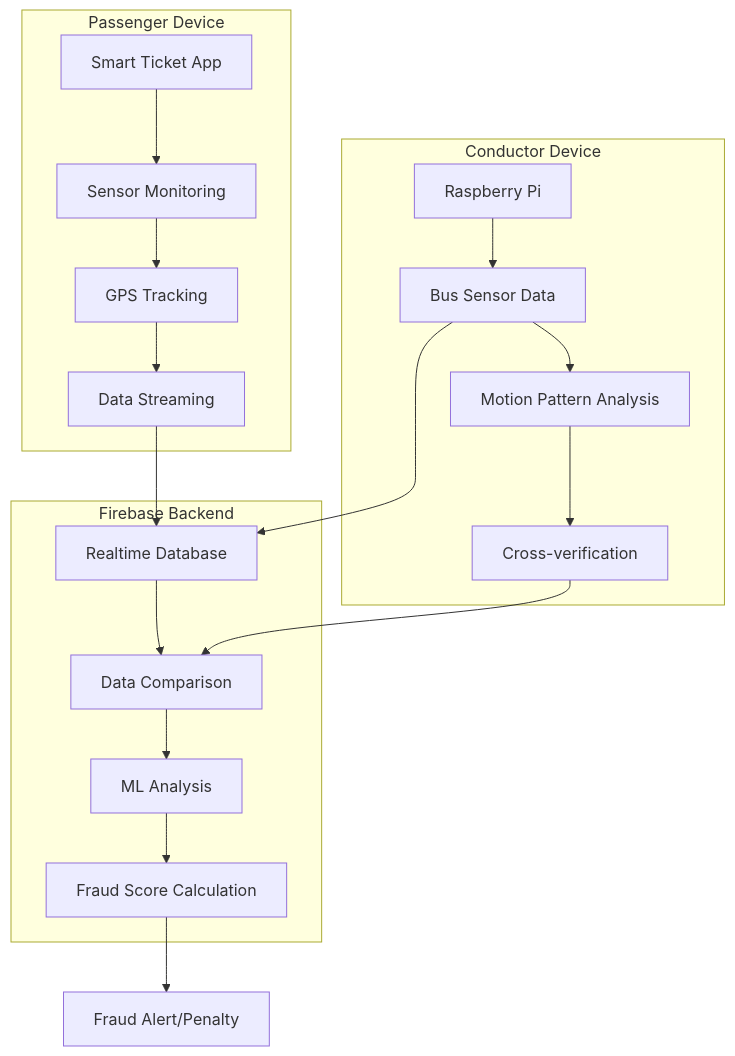
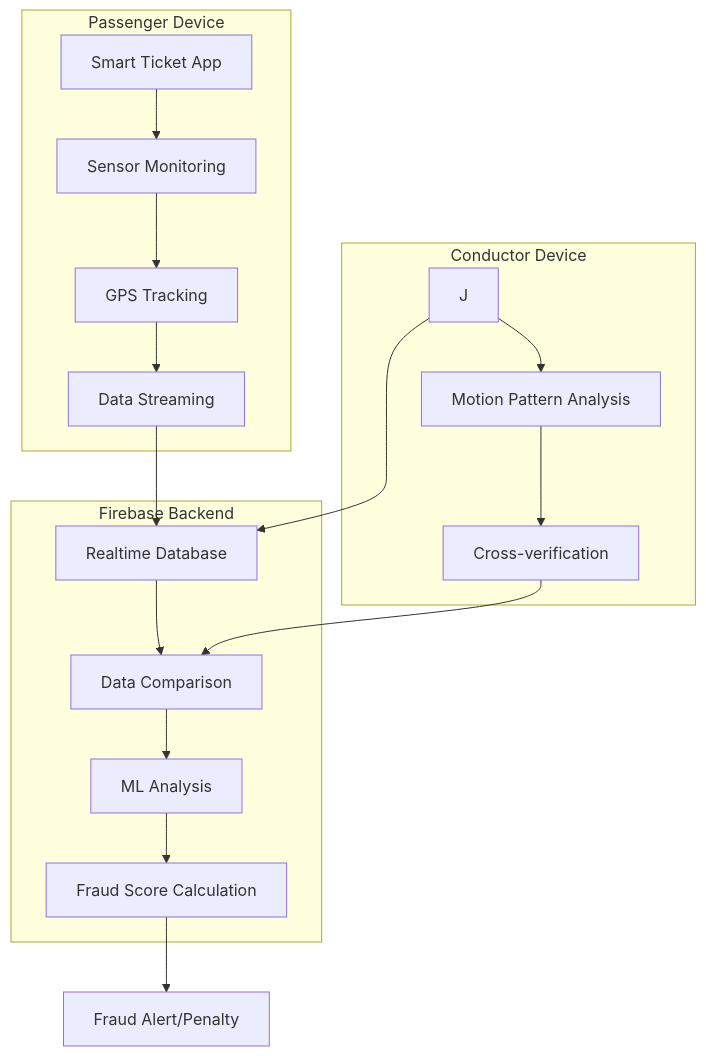
One commit to TharunBabu-05/smart_ticket_MTC changed the tenth of 11 diagrams in README.md. Above: the diagram before and after it, drawn with Mermaid.

````diff
--- a/README.md
+++ b/README.md
@@ -740,25 +740,24 @@
 ```mermaid
 graph TD
     subgraph "Passenger Device"
         A[Smart Ticket App] --> B[Sensor Monitoring]
         B --> C[GPS Tracking]
         C --> D[Data Streaming]
     end
     
     subgraph "Firebase Backend"
         E[Realtime Database] --> F[Data Comparison]
         F --> G[ML Analysis]
         G --> H[Fraud Score Calculation]
     end
     
     subgraph "Conductor Device"
-        I[Raspberry Pi] --> J[Bus Sensor Data]
         J --> K[Motion Pattern Analysis]
         K --> L[Cross-verification]
     end
     
     D --> E
     J --> E
     H --> M[Fraud Alert/Penalty]
     L --> F
 ```
````
